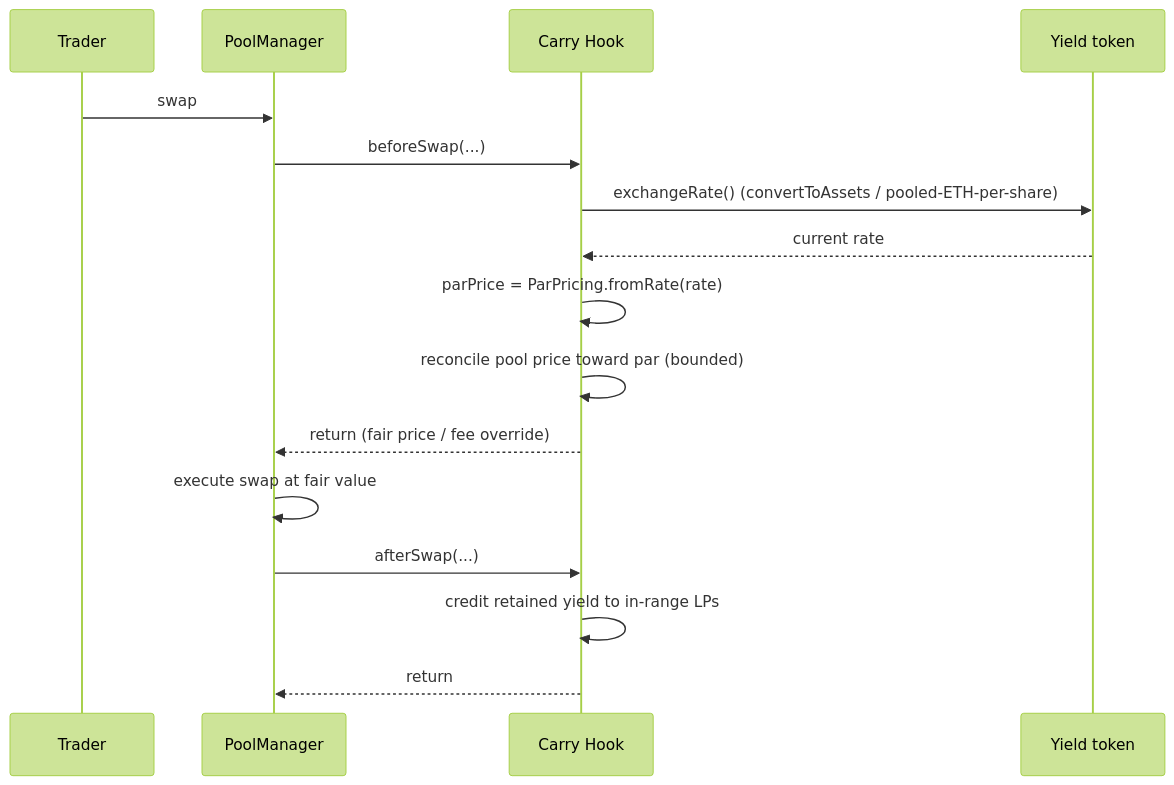
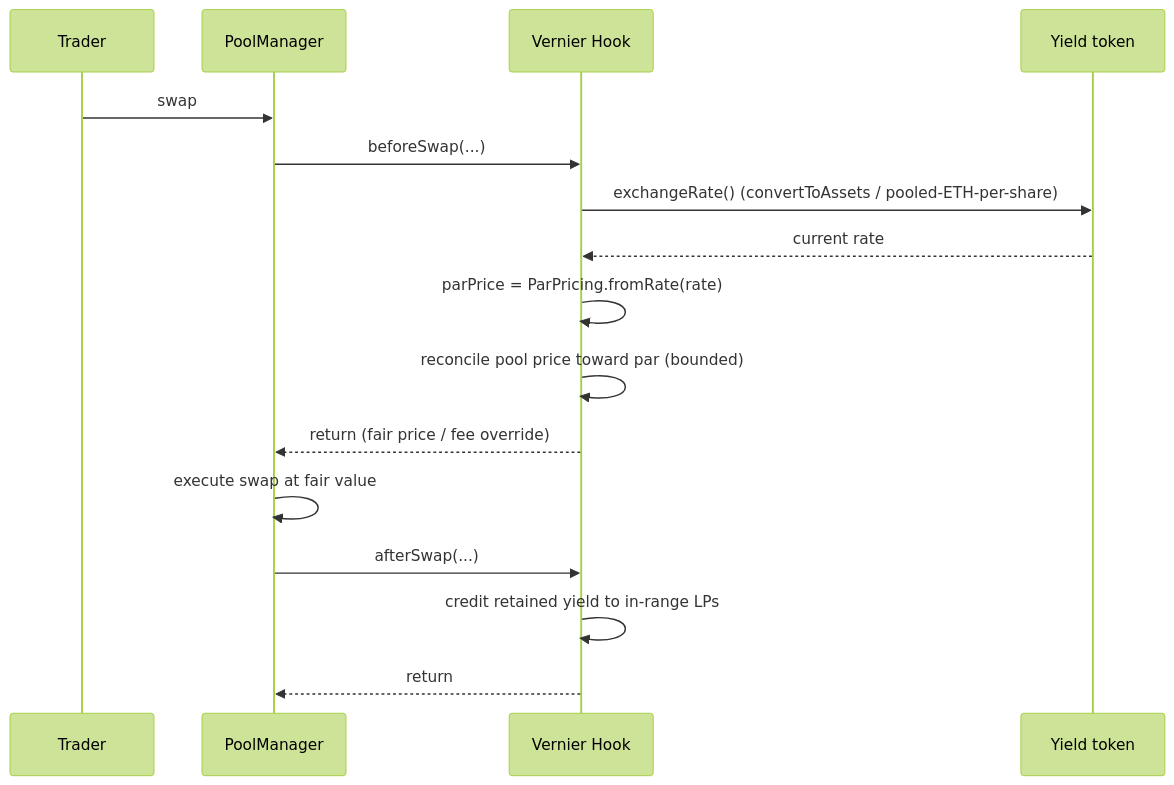
Before and after one commit to Spagero763/vernier: the third of 3 diagrams in docs/architecture.md, drawn with Mermaid (forest theme). The commit also changed other lines of this file and 18 other files, not shown here.

````diff
--- a/docs/architecture.md
+++ b/docs/architecture.md
@@ -57,19 +57,19 @@
 ```mermaid
 sequenceDiagram
     participant T as Trader
     participant PM as PoolManager
-    participant H as Carry Hook
+    participant H as Vernier Hook
     participant Y as Yield token
 
     T->>PM: swap
     PM->>H: beforeSwap(...)
     H->>Y: exchangeRate()  (convertToAssets / pooled-ETH-per-share)
     Y-->>H: current rate
     H->>H: parPrice = ParPricing.fromRate(rate)
     H->>H: reconcile pool price toward par (bounded)
     H-->>PM: return (fair price / fee override)
     PM->>PM: execute swap at fair value
     PM->>H: afterSwap(...)
     H->>H: credit retained yield to in-range LPs
     H-->>PM: return
 ```
````
